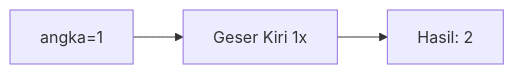
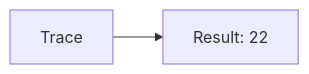
One commit to amnahwaida/OSNK_INF_PREP changed diagram 14 of 25 in part-c-pemahaman-cpp/06-bitwise/latihan/set-10.md. Above: the diagram before and after it, drawn with Mermaid. The commit also changed other lines of this file and 71 other files, not shown here.

````diff
--- a/part-c-pemahaman-cpp/06-bitwise/latihan/set-10.md
+++ b/part-c-pemahaman-cpp/06-bitwise/latihan/set-10.md
@@ -403,5 +295,4 @@
 ```mermaid
 graph LR
-A["angka=1"] --> B["Geser Kiri 1x"]
-B --> C["Hasil: 2"]
+A[Trace] --> B[Result: 22]
 ```
````
